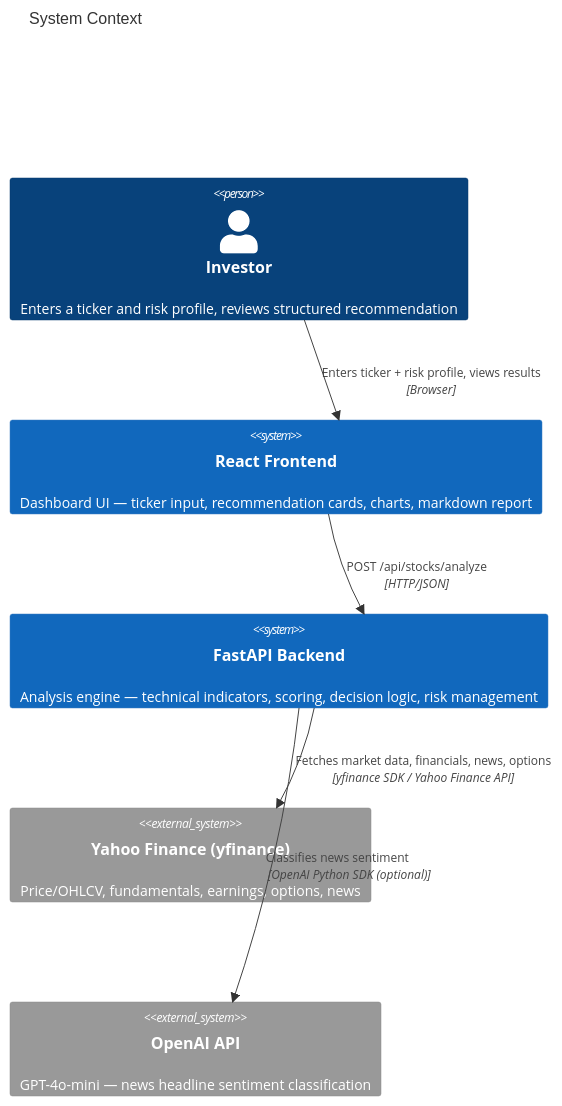
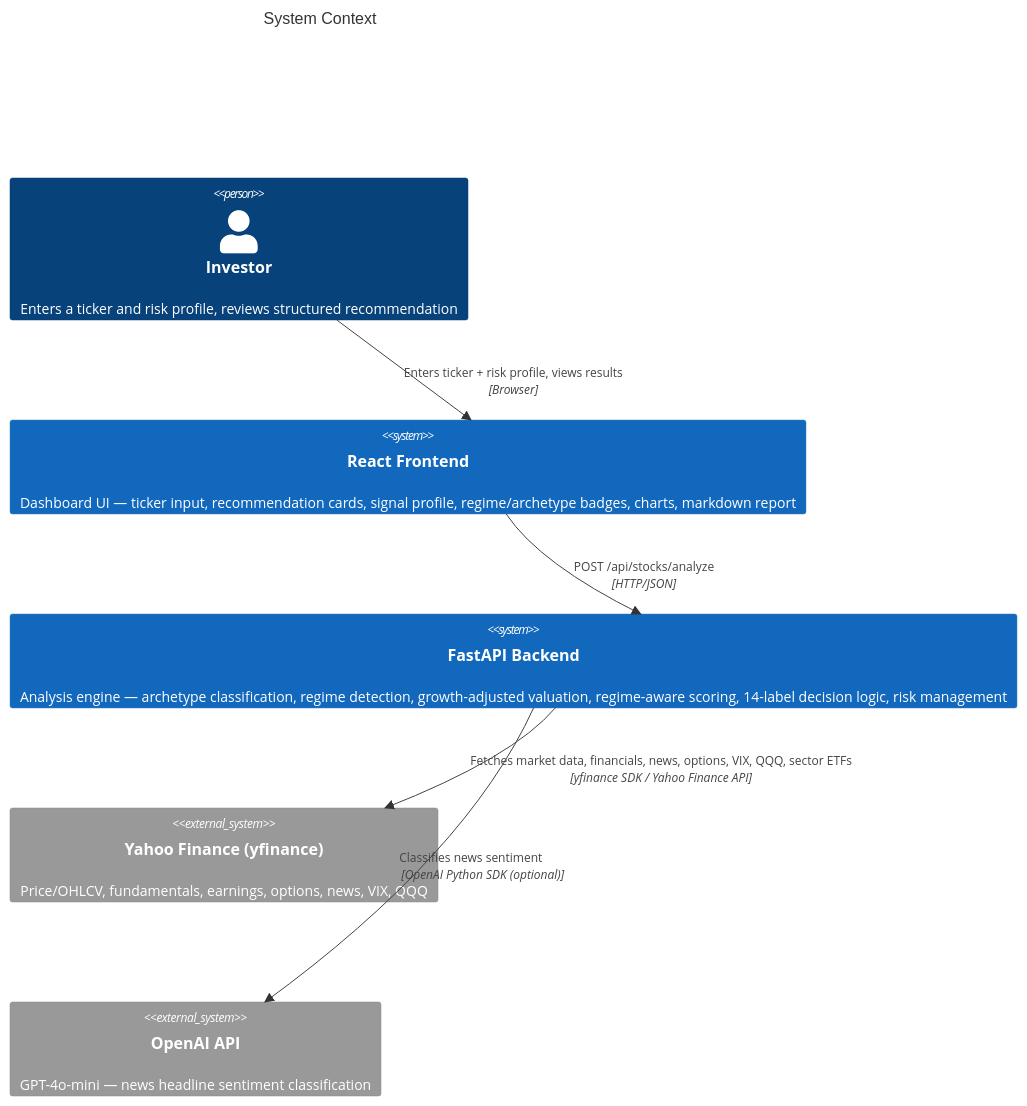
Before and after one commit to krutikpatel/stockBuyDecisioner1: the first of 15 diagrams in HLD.md, drawn with Mermaid. The commit also changed other lines of this file and 44 other files, not shown here.

````diff
--- a/HLD.md
+++ b/HLD.md
@@ -9,17 +9,17 @@
 ```mermaid
 C4Context
   title System Context
 
   Person(user, "Investor", "Enters a ticker and risk profile, reviews structured recommendation")
 
-  System(frontend, "React Frontend", "Dashboard UI — ticker input, recommendation cards, charts, markdown report")
-  System(backend, "FastAPI Backend", "Analysis engine — technical indicators, scoring, decision logic, risk management")
+  System(frontend, "React Frontend", "Dashboard UI — ticker input, recommendation cards, signal profile, regime/archetype badges, charts, markdown report")
+  System(backend, "FastAPI Backend", "Analysis engine — archetype classification, regime detection, growth-adjusted valuation, regime-aware scoring, 14-label decision logic, risk management")
 
-  System_Ext(yfinance, "Yahoo Finance (yfinance)", "Price/OHLCV, fundamentals, earnings, options, news")
+  System_Ext(yfinance, "Yahoo Finance (yfinance)", "Price/OHLCV, fundamentals, earnings, options, news, VIX, QQQ")
   System_Ext(openai, "OpenAI API", "GPT-4o-mini — news headline sentiment classification")
 
   Rel(user, frontend, "Enters ticker + risk profile, views results", "Browser")
   Rel(frontend, backend, "POST /api/stocks/analyze", "HTTP/JSON")
-  Rel(backend, yfinance, "Fetches market data, financials, news, options", "yfinance SDK / Yahoo Finance API")
+  Rel(backend, yfinance, "Fetches market data, financials, news, options, VIX, QQQ, sector ETFs", "yfinance SDK / Yahoo Finance API")
   Rel(backend, openai, "Classifies news sentiment", "OpenAI Python SDK (optional)")
 ```
````
